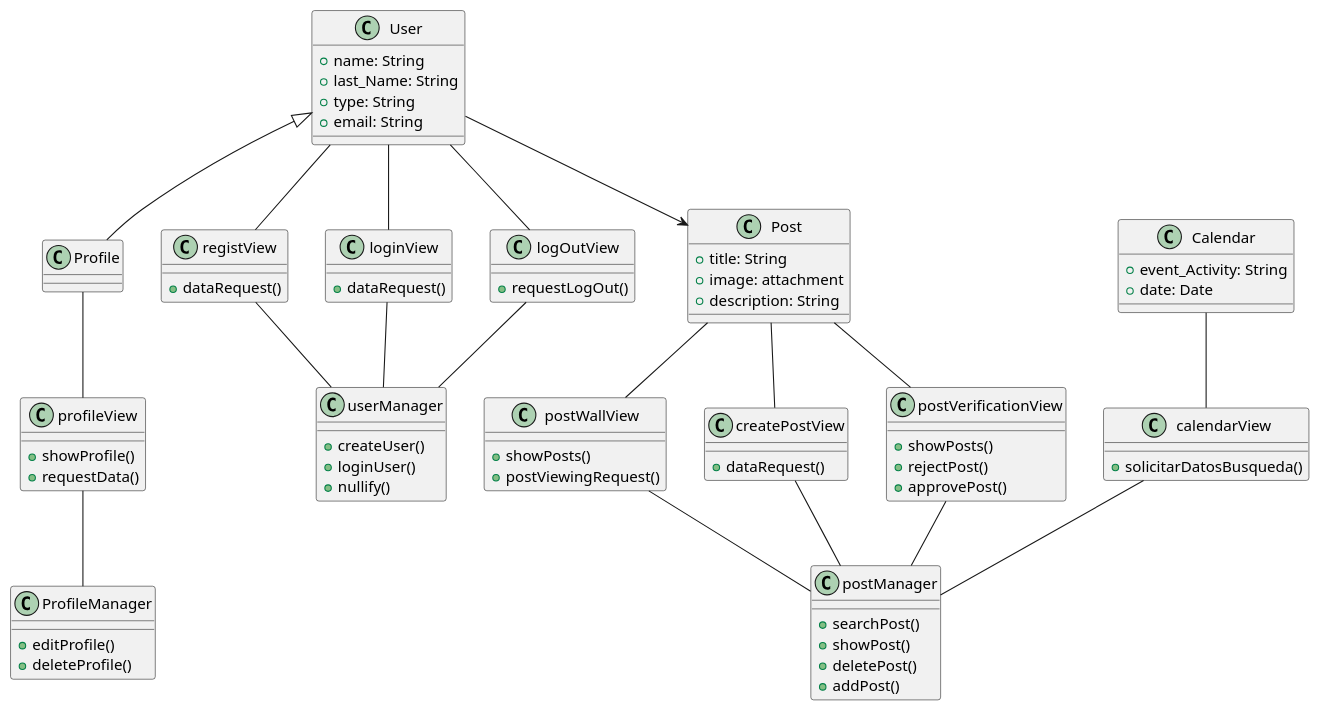
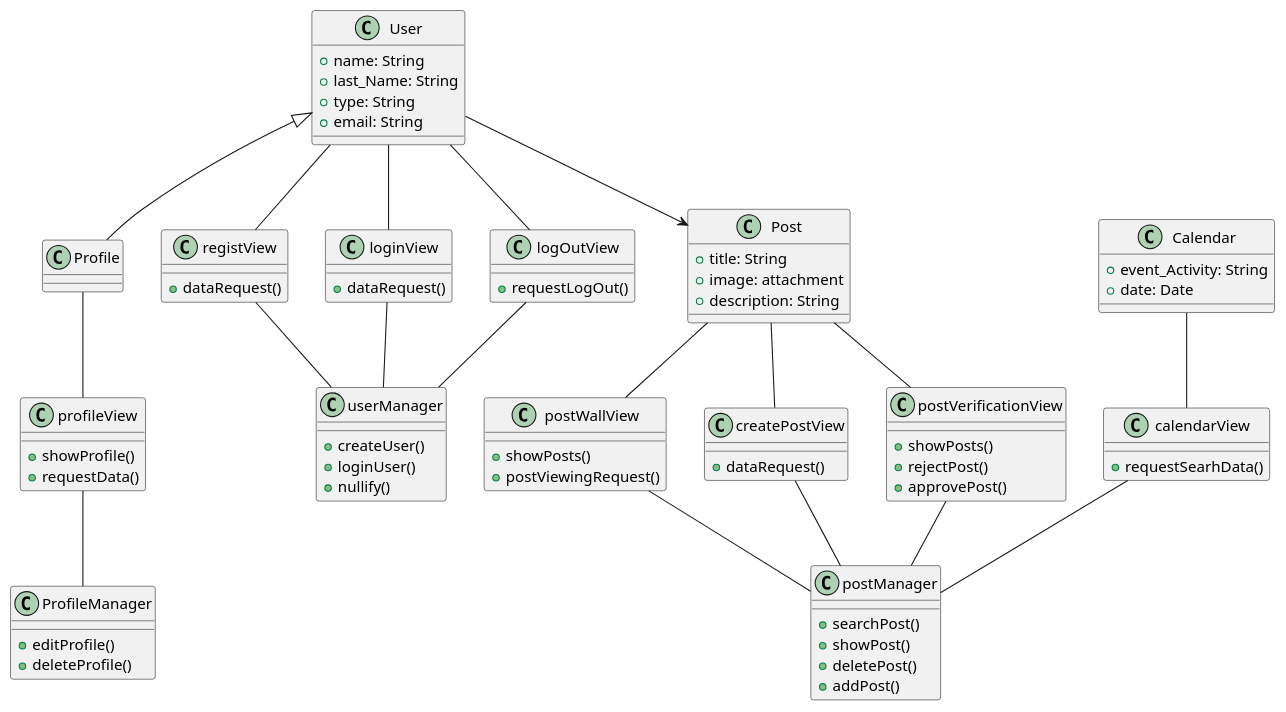
One commit to Dayannis-07/ING_SOFT changed the diagram in docs/scenariosView/AnalysisClassDiagram.plantuml. Above: the diagram before and after it, drawn with PlantUML.

Commit message:
Solving Analysis Class Diagram type errors

```diff
--- a/docs/scenariosView/AnalysisClassDiagram.plantuml
+++ b/docs/scenariosView/AnalysisClassDiagram.plantuml
@@ -1,82 +1,82 @@
 @startuml Analysis Class Diagram
 class User{
  +name: String
     +last_Name: String
     +type: String
     +email: String
 }
 class Post{
  +title: String
     +image: attachment
     +description: String
 }
 class Profile{}
 class profileView{
 +showProfile()
 +requestData()
 }
 class ProfileManager{
 +editProfile()
 +deleteProfile()
 
 }
 class Calendar{
     +event_Activity: String
     +date: Date
 }
 class registView{
    +dataRequest()
 }
 class userManager{
      +createUser()
      +loginUser()
      +nullify()
 }
 class loginView{
 +dataRequest()
 }
 class postWallView{
   +showPosts()
   +postViewingRequest()
 }
 class createPostView{
  +dataRequest()
 }
 class postManager{
 +searchPost()
 +showPost()
 +deletePost()
 +addPost()
 }
 class postVerificationView{
 +showPosts()
 +rejectPost()
 +approvePost()
 }
 class calendarView{
-+solicitarDatosBusqueda()
++requestSearhData()
 }
 
 class logOutView{
 +requestLogOut()
 }
 
 User <|--Profile
 User-- registView
 User-- logOutView
 logOutView-- userManager
 registView-- userManager
 User-- loginView
 loginView-- userManager
 Profile--profileView
 profileView--ProfileManager
 Post--postWallView
 Post-- postVerificationView
 Post-- createPostView
 Calendar--calendarView
 postWallView--postManager
 createPostView--postManager
 postVerificationView--postManager
 calendarView--postManager
 User-->Post 
 @enduml
```
